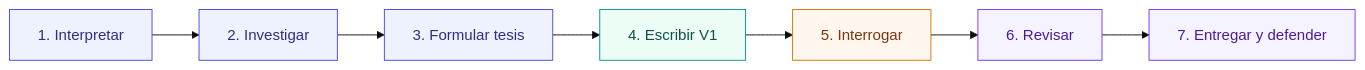
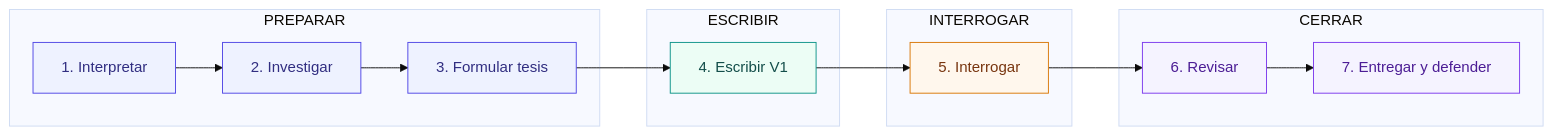
One commit to arqueon/aprendizaje-ia changed the diagram in content/ia-educacion/productos-de-aprendizaje/ensayo/index.md. Above: the diagram before and after it, drawn with Mermaid (base theme). The commit also changed other lines of this file, not shown here.

```diff
--- a/content/ia-educacion/productos-de-aprendizaje/ensayo/index.md
+++ b/content/ia-educacion/productos-de-aprendizaje/ensayo/index.md
@@ -60,18 +60,28 @@
 {{< mermaid >}}
 flowchart LR
-    A[1. Interpretar] --> B[2. Investigar]
-    B --> C[3. Formular tesis]
-    C --> D[4. Escribir V1]
-    D --> E[5. Interrogar]
-    E --> F[6. Revisar]
-    F --> G[7. Entregar y defender]
+    subgraph M1[PREPARAR]
+      A[1. Interpretar] --> B[2. Investigar]
+      B --> C[3. Formular tesis]
+    end
+    subgraph M2[ESCRIBIR]
+      D[4. Escribir V1]
+    end
+    subgraph M3[INTERROGAR]
+      E[5. Interrogar]
+    end
+    subgraph M4[CERRAR]
+      F[6. Revisar] --> G[7. Entregar y defender]
+    end
+    C --> D
+    D --> E
+    E --> F
 
     classDef preparar fill:#eef2ff,stroke:#4f46e5,color:#312e81
     classDef escribir fill:#ecfdf5,stroke:#0d9488,color:#134e4a
     classDef interrogar fill:#fff7ed,stroke:#d97706,color:#78350f
     classDef cerrar fill:#f5f3ff,stroke:#7c3aed,color:#4c1d95
     class A,B,C preparar
     class D escribir
     class E interrogar
     class F,G cerrar
 {{< /mermaid >}}
```
